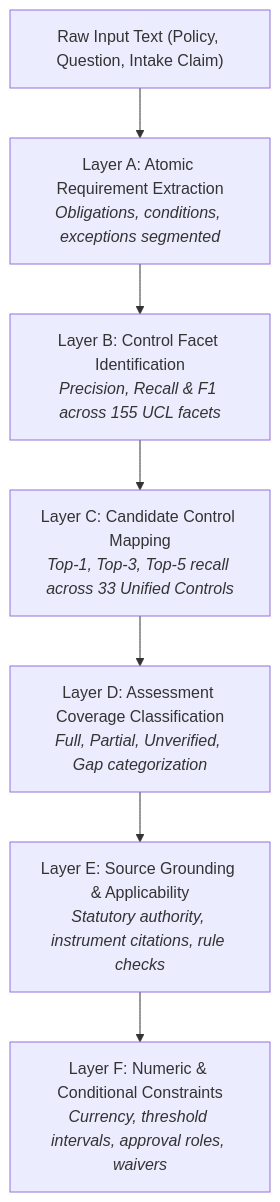
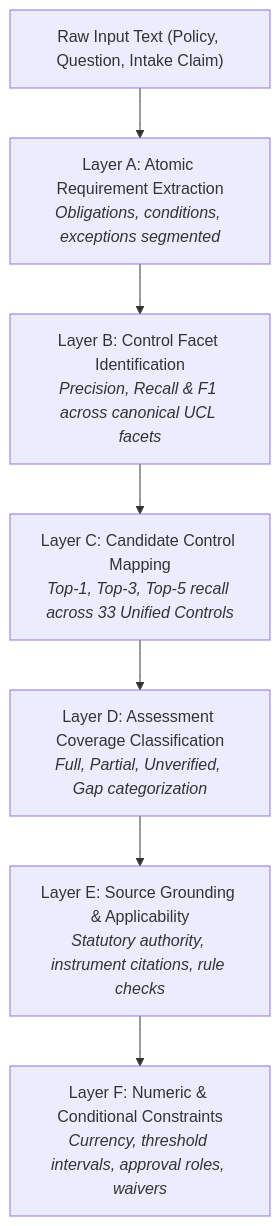
The first of 2 diagrams in P1_SEMANTIC_ENGINE_EVALUATION_PROTOCOL.md (VivianFuVivianFu/DeepAuditCrossWalk), drawn with Mermaid before and after one commit. The commit also changed other lines of this file and 44 other files, not shown here.

````diff
--- a/P1_SEMANTIC_ENGINE_EVALUATION_PROTOCOL.md
+++ b/P1_SEMANTIC_ENGINE_EVALUATION_PROTOCOL.md
@@ -23,10 +23,10 @@
 ```mermaid
 flowchart TD
     Raw["Raw Input Text (Policy, Question, Intake Claim)"]
     Raw --> LayerA["Layer A: Atomic Requirement Extraction<br><i>Obligations, conditions, exceptions segmented</i>"]
-    LayerA --> LayerB["Layer B: Control Facet Identification<br><i>Precision, Recall & F1 across 155 UCL facets</i>"]
+    LayerA --> LayerB["Layer B: Control Facet Identification<br><i>Precision, Recall & F1 across canonical UCL facets</i>"]
     LayerB --> LayerC["Layer C: Candidate Control Mapping<br><i>Top-1, Top-3, Top-5 recall across 33 Unified Controls</i>"]
     LayerC --> LayerD["Layer D: Assessment Coverage Classification<br><i>Full, Partial, Unverified, Gap categorization</i>"]
     LayerD --> LayerE["Layer E: Source Grounding & Applicability<br><i>Statutory authority, instrument citations, rule checks</i>"]
     LayerE --> LayerF["Layer F: Numeric & Conditional Constraints<br><i>Currency, threshold intervals, approval roles, waivers</i>"]
 ```
````
